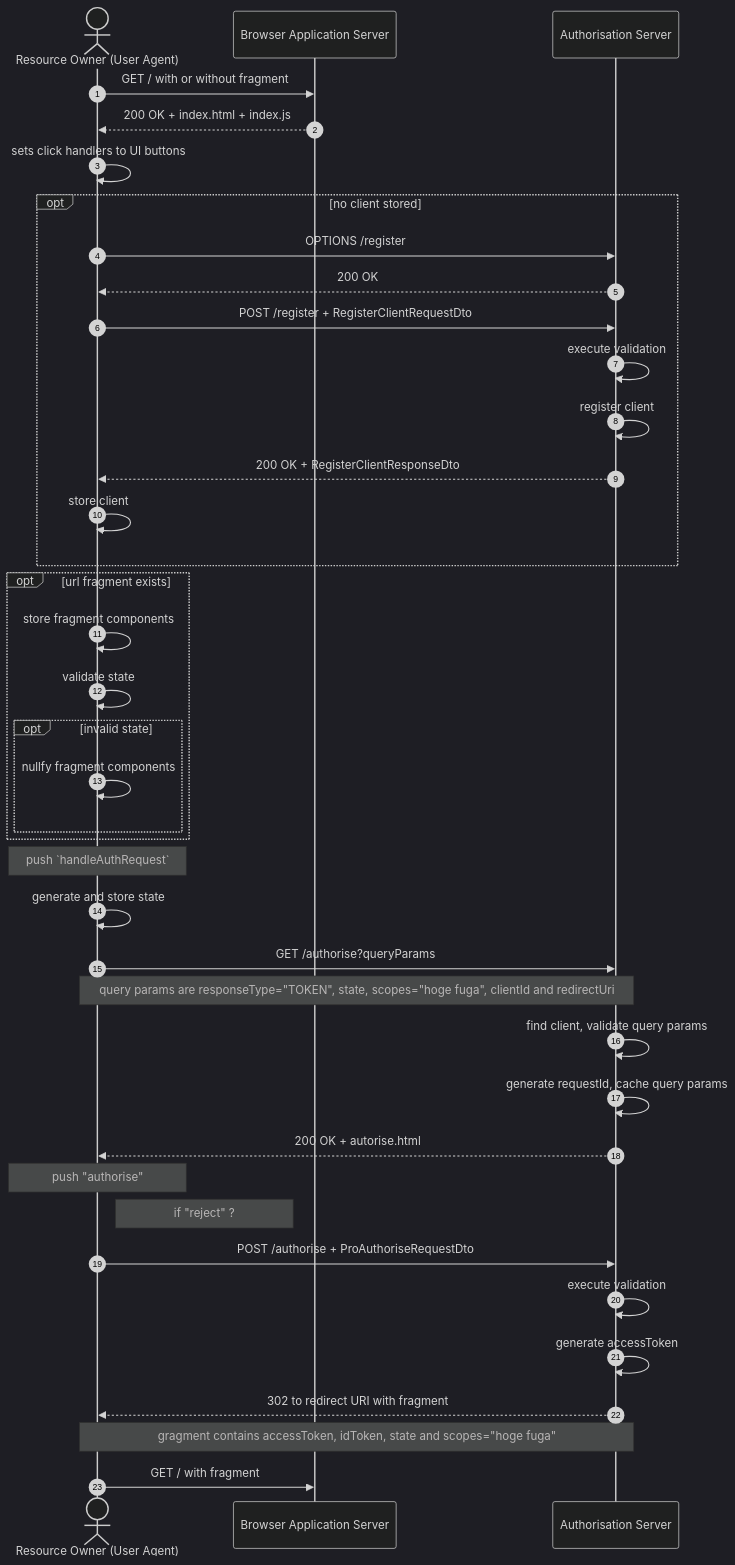
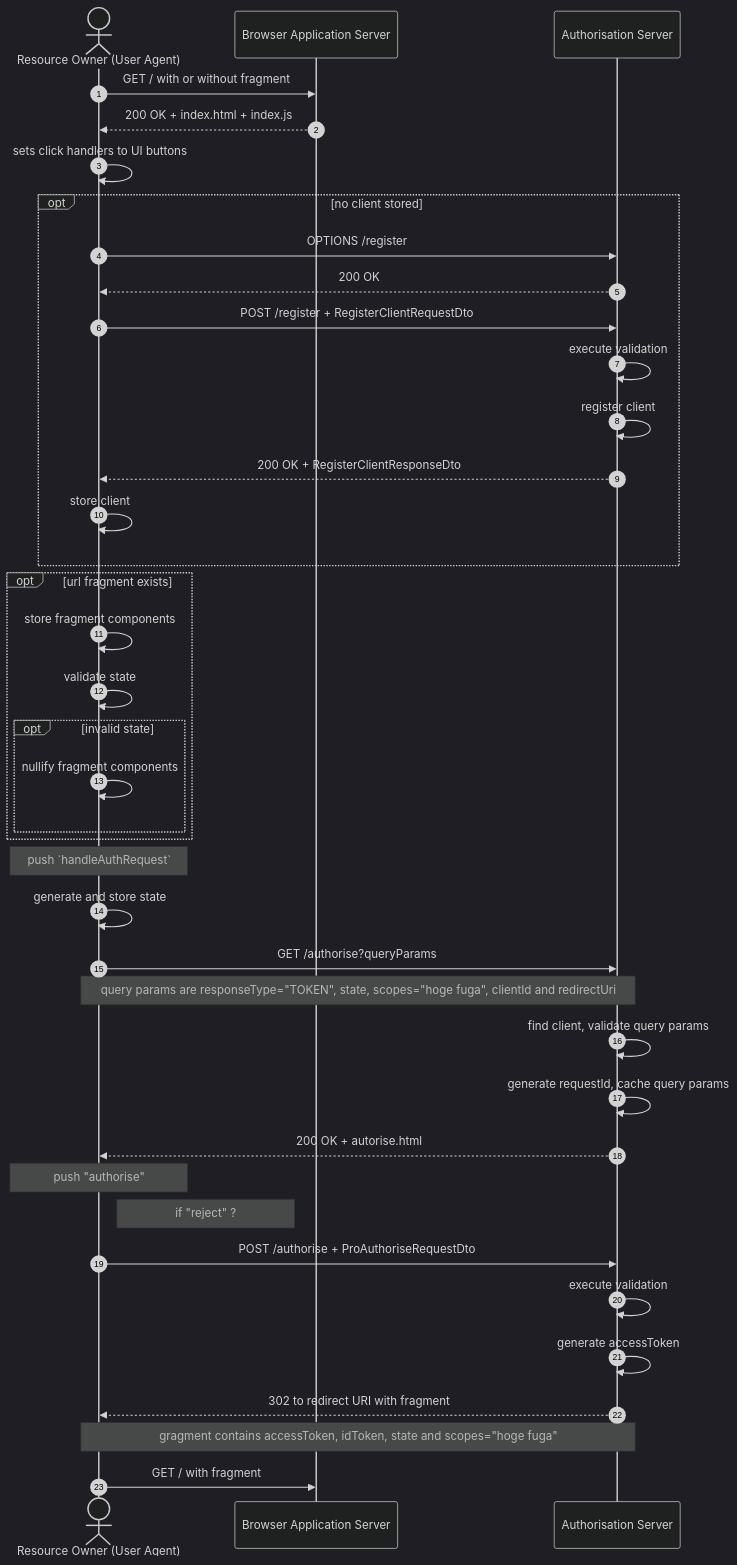
The diagram in docs/sequences/browser_app/implicit_flow.md (xyzsince2014/tokyomap-oauth), drawn with Mermaid (dark theme) before and after one commit. The commit also changed 5 other files, not shown here.

Commit message:
corrected sequence diagrams

````diff
--- a/docs/sequences/browser_app/implicit_flow.md
+++ b/docs/sequences/browser_app/implicit_flow.md
@@ -1,54 +1,54 @@
 ```mermaid
 sequenceDiagram
 autonumber
 
 actor user as Resource Owner (User Agent)
 participant app as Browser Application Server
 participant auth as Authorisation Server
 
 user->>app: GET / with or without fragment
 app-->>user: 200 OK + index.html + index.js
 
 
 user->>user: sets click handlers to UI buttons
 
 opt no client stored
   user->>auth: OPTIONS /register
   auth-->>user: 200 OK
   user->>auth: POST /register + RegisterClientRequestDto
   auth->>auth: execute validation
   auth->>auth: register client
   auth-->>user: 200 OK + RegisterClientResponseDto
   user->>user: store client
 end
 
 opt url fragment exists
   user->>user: store fragment components
   user->>user: validate state
   opt invalid state
-    user->>user: nullfy fragment components
+    user->>user: nullify fragment components
   end
 end
 
 note over user: push `handleAuthRequest`
 
 user->>user: generate and store state
 user->>auth: GET /authorise?queryParams
 note over user, auth: query params are responseType="TOKEN", state, scopes="hoge fuga", clientId and redirectUri
 
 auth->>auth: find client, validate query params
 auth->>auth: generate requestId, cache query params
 auth-->>user: 200 OK + autorise.html
 
 note over user: push "authorise"
 note right of user: if "reject" ?
 user->>auth: POST /authorise + ProAuthoriseRequestDto
 
 auth->>auth: execute validation
 auth->>auth: generate accessToken
 auth-->>user: 302 to redirect URI with fragment
 note over user, auth: gragment contains accessToken, idToken, state and scopes="hoge fuga"
 
 user->>app: GET / with fragment
 
 ```
````
